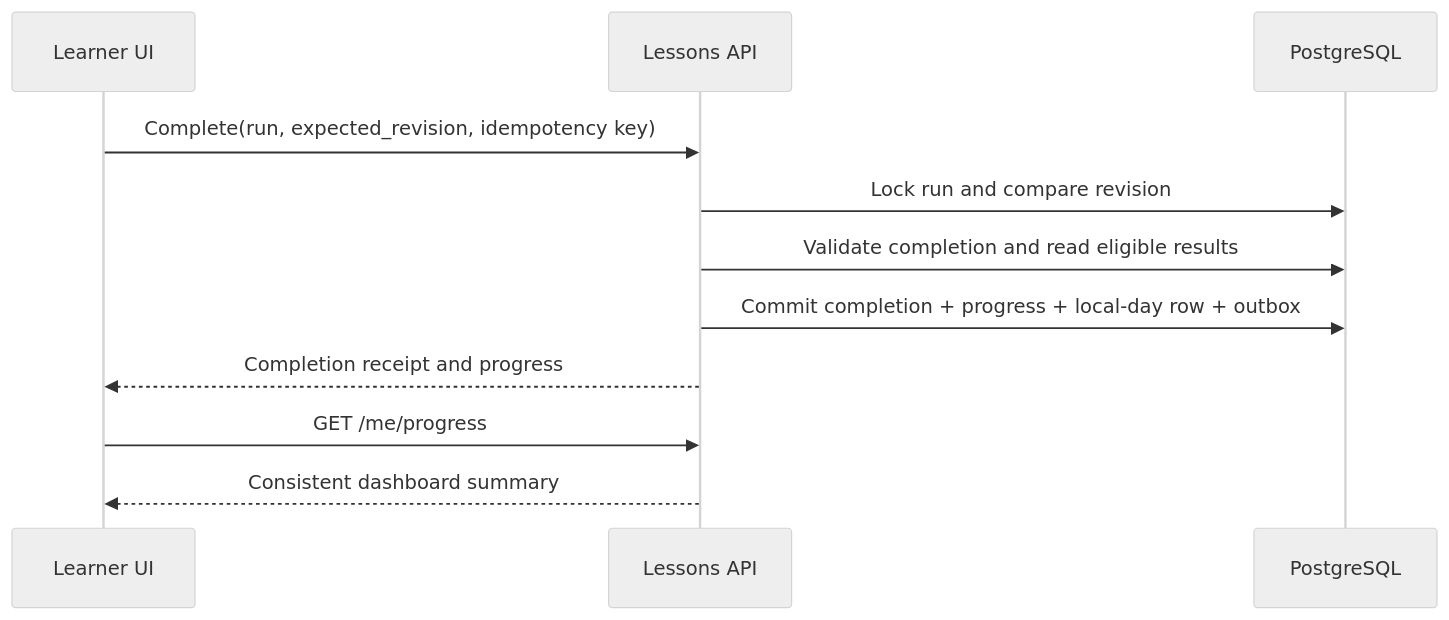
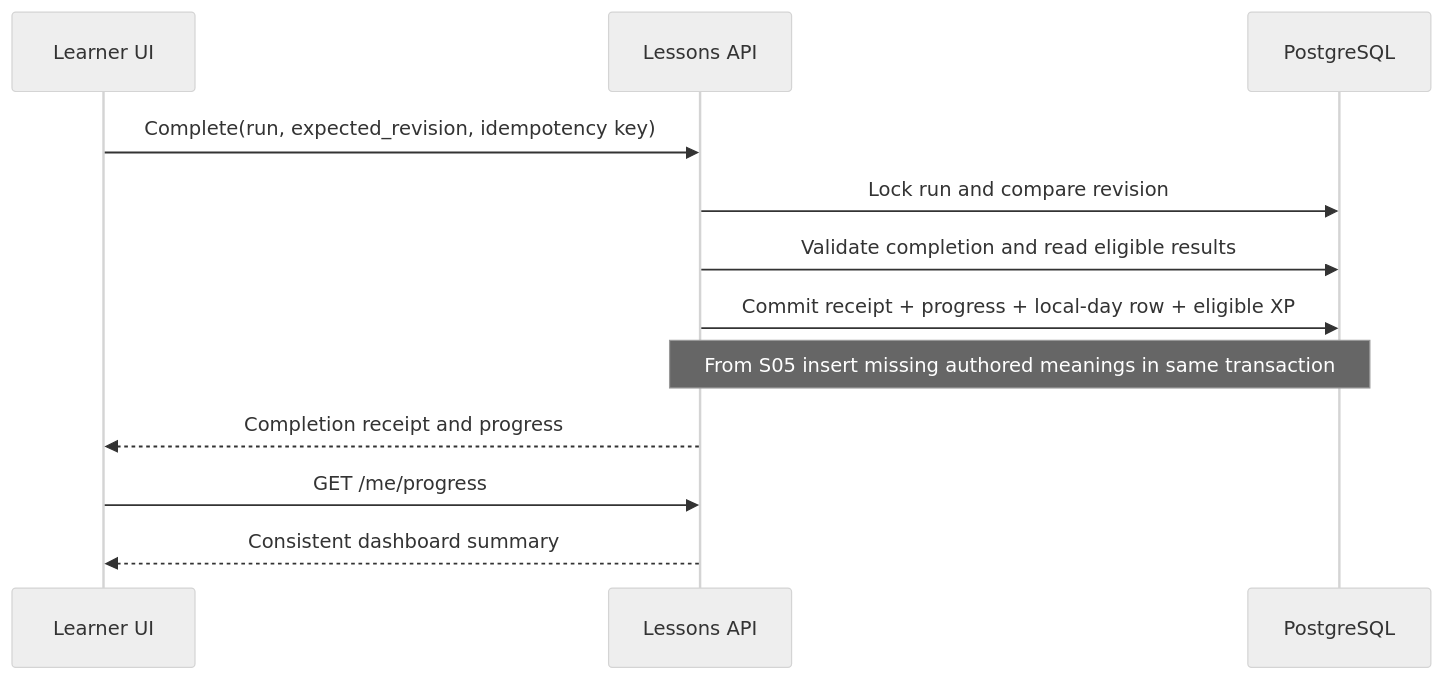
One commit to HIspcvn/English-Learning-Platform changed the fifth of 5 diagrams in docs/architecture/01-system-architecture.md. Above: the diagram before and after it, drawn with Mermaid (neutral theme). The commit also changed other lines of this file and 29 other files, not shown here.

Commit message:
docs: finalize feature parity and architecture contracts

````diff
--- a/docs/architecture/01-system-architecture.md
+++ b/docs/architecture/01-system-architecture.md
@@ -119,13 +119,14 @@
 ```mermaid
 sequenceDiagram
   participant U as Learner UI
   participant P as Lessons API
   participant D as PostgreSQL
   U->>P: Complete(run, expected_revision, idempotency key)
   P->>D: Lock run and compare revision
   P->>D: Validate completion and read eligible results
-  P->>D: Commit completion + progress + local-day row + outbox
+  P->>D: Commit receipt + progress + local-day row + eligible XP
+  Note over P,D: From S05 insert missing authored meanings in same transaction
   P-->>U: Completion receipt and progress
   U->>P: GET /me/progress
   P-->>U: Consistent dashboard summary
 ```
````
